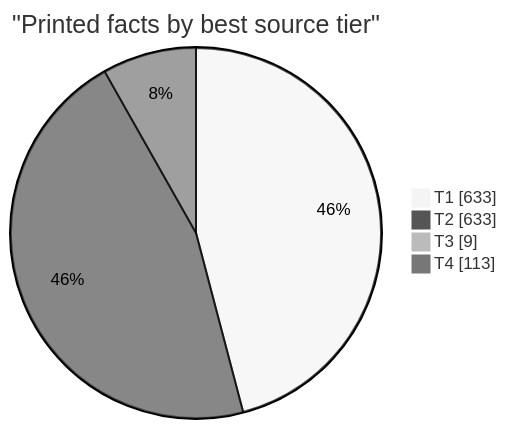
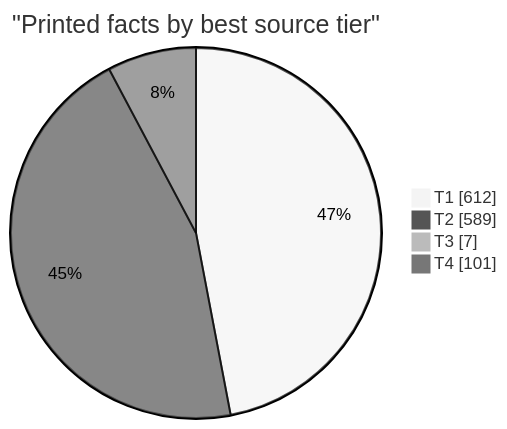
The second of 5 diagrams in docs/evidence.md (EU27-data-sovereignty/eu27-data-sovereignty), drawn with Mermaid (neutral theme) before and after one commit. The commit also changed other lines of this file and 124 other files, not shown here.

````diff
--- a/docs/evidence.md
+++ b/docs/evidence.md
@@ -36,8 +36,8 @@
 ```mermaid
 pie showData
   title "Printed facts by best source tier"
-  "T1" : 633
-  "T2" : 633
-  "T3" : 9
-  "T4" : 113
+  "T1" : 612
+  "T2" : 589
+  "T3" : 7
+  "T4" : 101
 ```
````
